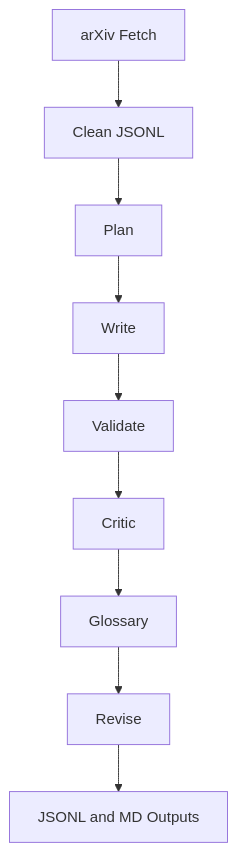
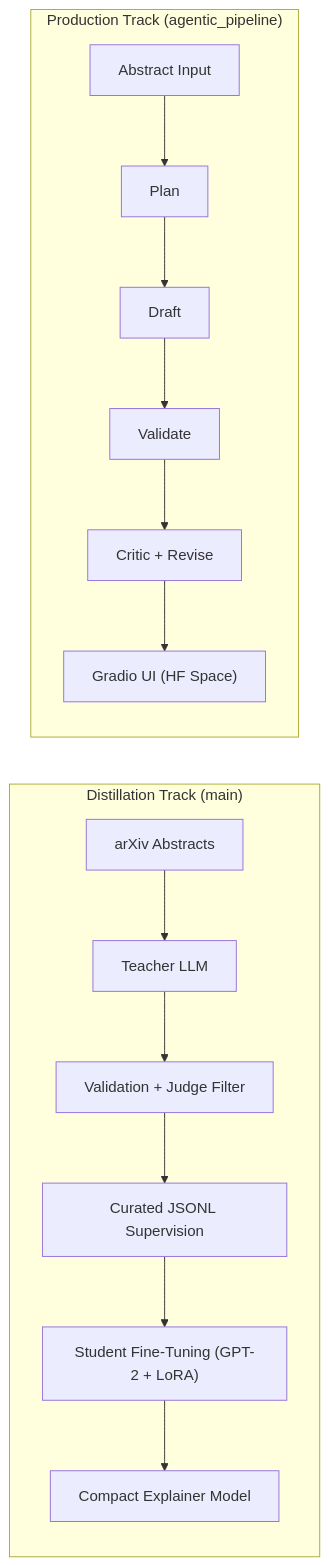
One commit to daspushpita/MiniAstroGPT changed the diagram in README.md. Above: the diagram before and after it, drawn with Mermaid. The commit also changed other lines of this file, not shown here.

````diff
--- a/README.md
+++ b/README.md
@@ -36,11 +80,18 @@
 ```mermaid
-flowchart TD
-  A["arXiv Fetch"] --> B["Clean JSONL"]
-  B --> C["Plan"]
-  C --> D["Write"]
-  D --> E["Validate"]
-  E --> F["Critic"]
-  F --> G["Glossary"]
-  G --> H["Revise"]
-  H --> I["JSONL and MD Outputs"]
+flowchart LR
+  subgraph D["Distillation Track (main)"]
+    A["arXiv Abstracts"] --> B["Teacher LLM"]
+    B --> C["Validation + Judge Filter"]
+    C --> E["Curated JSONL Supervision"]
+    E --> F["Student Fine-Tuning (GPT-2 + LoRA)"]
+    F --> G["Compact Explainer Model"]
+  end
+
+  subgraph P["Production Track (agentic_pipeline)"]
+    X["Abstract Input"] --> Y["Plan"]
+    Y --> Z["Draft"]
+    Z --> U["Validate"]
+    U --> V["Critic + Revise"]
+    V --> W["Gradio UI (HF Space)"]
+  end
 ```
````
